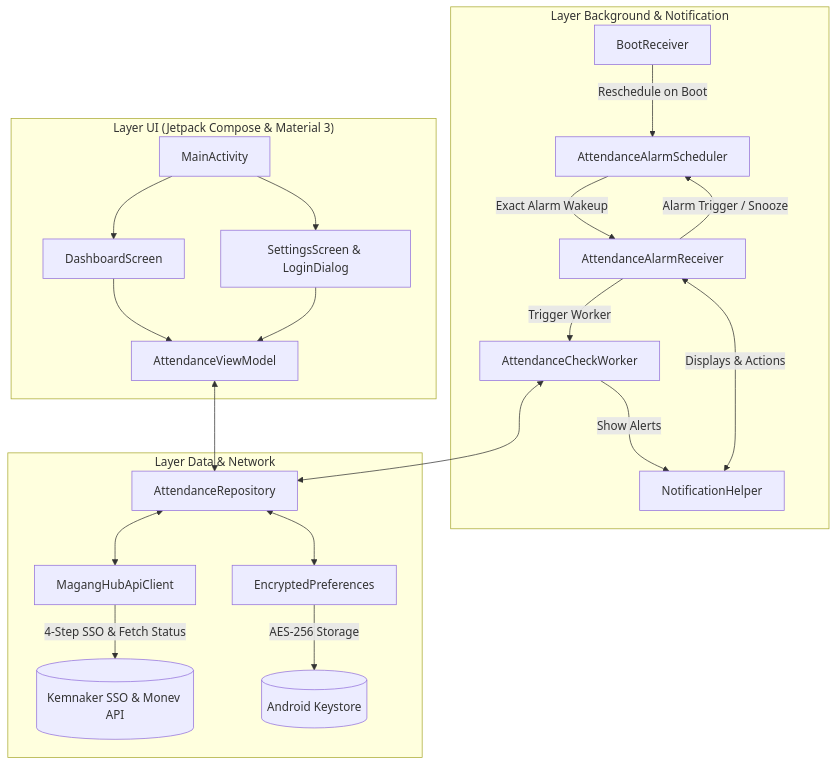
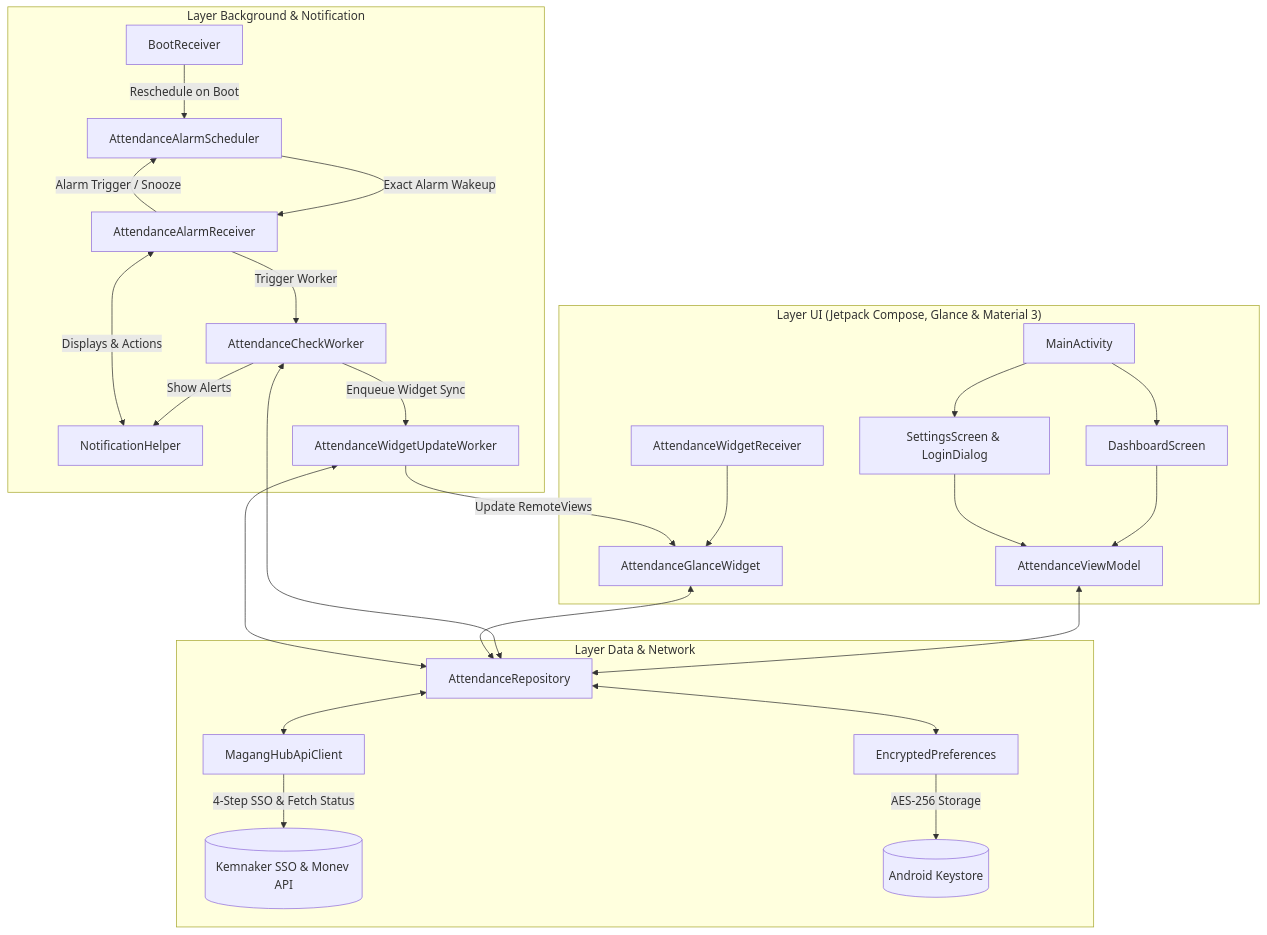
One commit to Churma16/maganghub-android changed the diagram in README.md. Above: the diagram before and after it, drawn with Mermaid. The commit also changed other lines of this file and 5 other files, not shown here.

````diff
--- a/README.md
+++ b/README.md
@@ -79,27 +126,32 @@
 ```mermaid
 flowchart TD
-    subgraph UI ["Layer UI (Jetpack Compose & Material 3)"]
+    subgraph UI ["Layer UI (Jetpack Compose, Glance & Material 3)"]
         A[MainActivity] --> B[DashboardScreen]
         A --> C[SettingsScreen & LoginDialog]
         B --> D[AttendanceViewModel]
         C --> D
+        W1[AttendanceWidgetReceiver] --> W2[AttendanceGlanceWidget]
     end
 
     subgraph Background ["Layer Background & Notification"]
         E[BootReceiver] -->|Reschedule on Boot| G[AttendanceAlarmScheduler]
         F[AttendanceAlarmReceiver] -->|Alarm Trigger / Snooze| G
         G -->|Exact Alarm Wakeup| F
         F -->|Trigger Worker| H[AttendanceCheckWorker]
         I[NotificationHelper] <-- Displays & Actions --> F
         H -->|Show Alerts| I
+        H -->|Enqueue Widget Sync| W3[AttendanceWidgetUpdateWorker]
+        W3 -->|Update RemoteViews| W2
     end
 
     subgraph Data ["Layer Data & Network"]
         D <--> J[AttendanceRepository]
         H <--> J
+        W2 <--> J
+        W3 <--> J
         J <--> K[MagangHubApiClient]
         J <--> L[EncryptedPreferences]
         K -->|4-Step SSO & Fetch Status| M[(Kemnaker SSO & Monev API)]
         L -->|AES-256 Storage| N[(Android Keystore)]
     end
 ```
````
